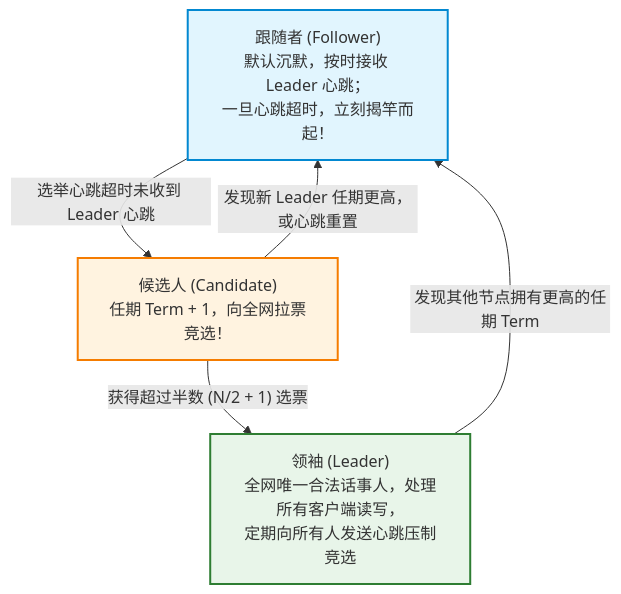
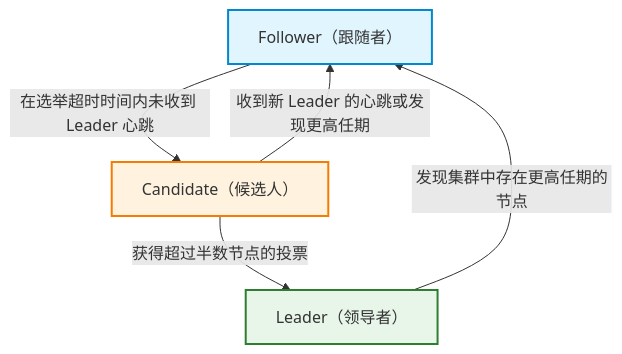
The first of 3 diagrams in 20-Java后端/07-分布式与微服务/02-分布式一致性-Paxos-Raft.md (GuoWWWX/knowledge-base), drawn with Mermaid before and after one commit. The commit also changed other lines of this file and 251 other files, not shown here.

````diff
--- a/20-Java后端/07-分布式与微服务/02-分布式一致性-Paxos-Raft.md
+++ b/20-Java后端/07-分布式与微服务/02-分布式一致性-Paxos-Raft.md
@@ -31,18 +40,18 @@
 ```mermaid
 flowchart TD
-    Follower["跟随者 (Follower)\n默认沉默，按时接收 Leader 心跳；\n一旦心跳超时，立刻揭竿而起！"]
-    Candidate["候选人 (Candidate)\n任期 Term + 1，向全网拉票竞选！"]
-    Leader["领袖 (Leader)\n全网唯一合法话事人，处理所有客户端读写，\n定期向所有人发送心跳压制竞选"]
+    Follower["Follower（跟随者）"]
+    Candidate["Candidate（候选人）"]
+    Leader["Leader（领导者）"]
 
-    Follower -->|"选举心跳超时未收到 Leader 心跳"| Candidate
-    Candidate -->|"获得超过半数 (N/2 + 1) 选票"| Leader
-    Candidate -->|"发现新 Leader 任期更高，或心跳重置"| Follower
-    Leader -->|"发现其他节点拥有更高的任期 Term"| Follower
+    Follower -->|"在选举超时时间内未收到 Leader 心跳"| Candidate
+    Candidate -->|"获得超过半数节点的投票"| Leader
+    Candidate -->|"收到新 Leader 的心跳或发现更高任期"| Follower
+    Leader -->|"发现集群中存在更高任期的节点"| Follower
 
     classDef leader fill:#e8f5e9,stroke:#2e7d32,stroke-width:2px;
     classDef cand fill:#fff3e0,stroke:#f57c00,stroke-width:2px;
     classDef foll fill:#e1f5fe,stroke:#0288d1,stroke-width:2px;
     class Leader leader;
     class Candidate cand;
     class Follower foll;
 ```
````
